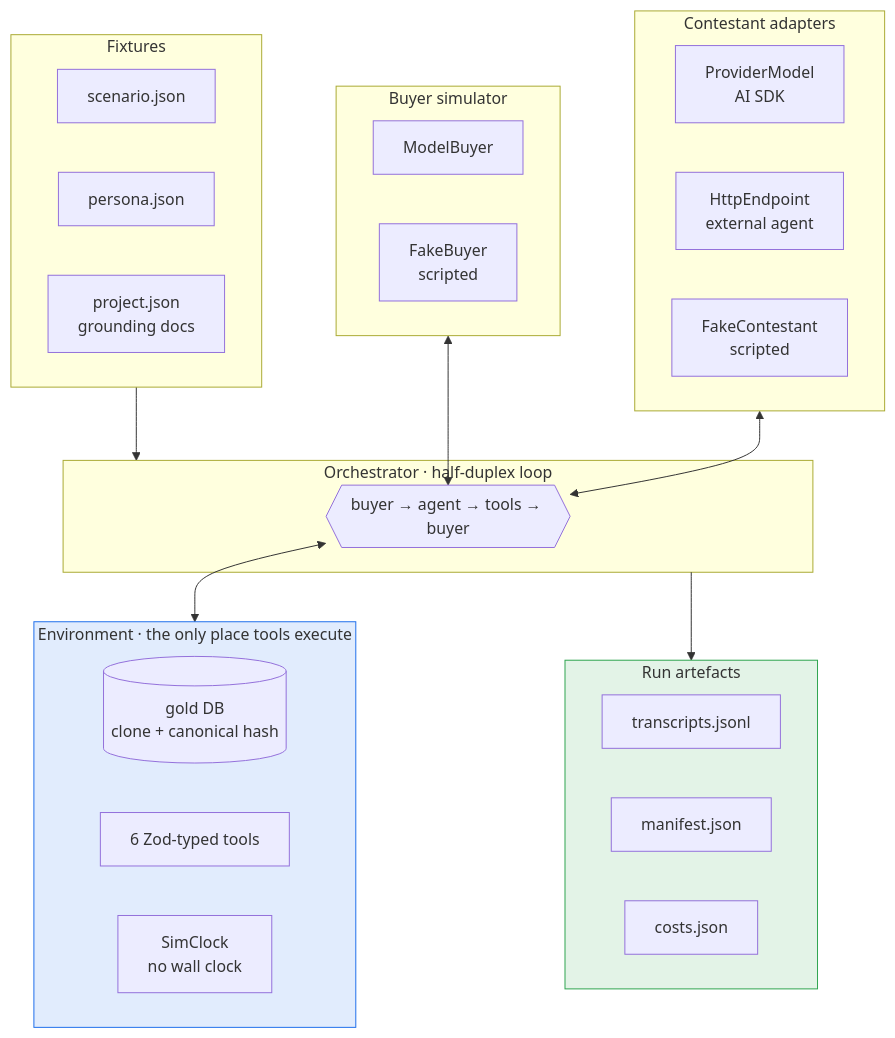
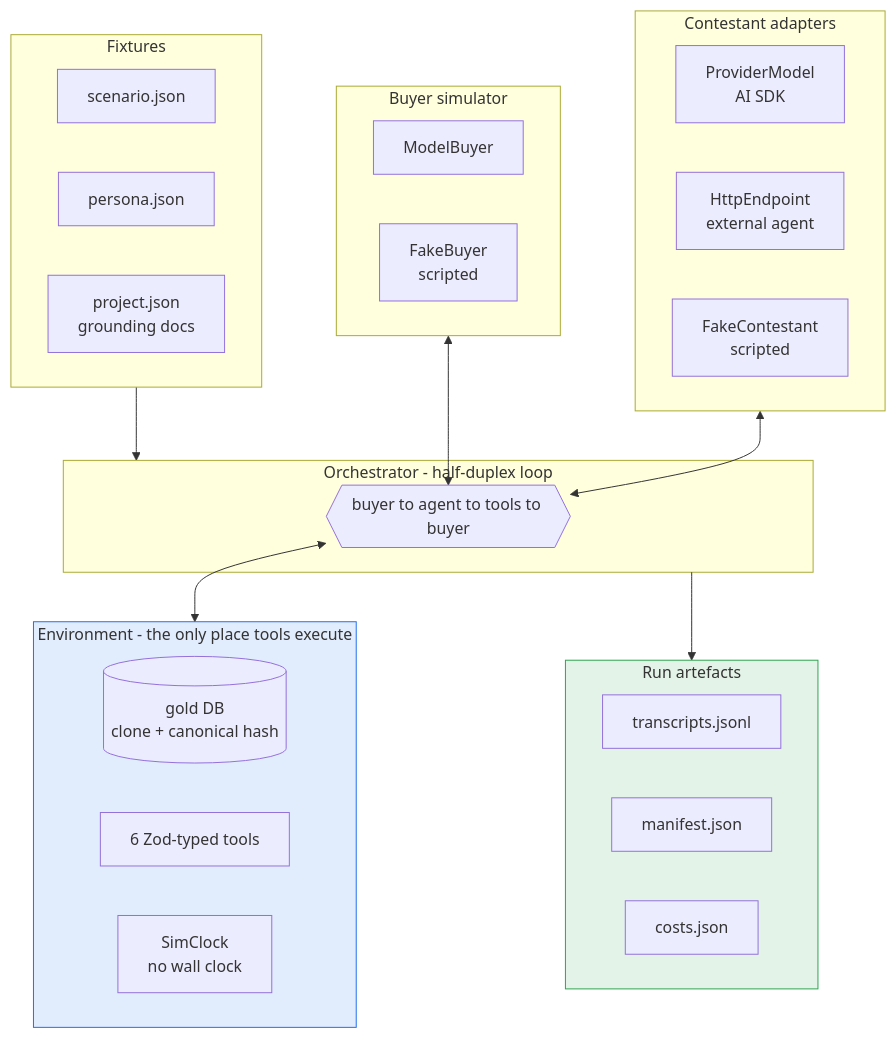
One commit to connectwithub/gharbench changed the first of 3 diagrams in README.md. Above: the diagram before and after it, drawn with Mermaid. The commit also changed other lines of this file, not shown here.

````diff
--- a/README.md
+++ b/README.md
@@ -48,44 +48,44 @@
 ```mermaid
 flowchart TB
     subgraph FIX[Fixtures]
         S[scenario.json]
         P[persona.json]
         D[project.json<br/>grounding docs]
     end
 
-    subgraph ENG[Orchestrator · half-duplex loop]
-        O{{buyer → agent → tools → buyer}}
+    subgraph ENG[Orchestrator - half-duplex loop]
+        O{{"buyer to agent to tools to buyer"}}
     end
 
     subgraph SIM[Buyer simulator]
         MB[ModelBuyer]
         FB[FakeBuyer<br/>scripted]
     end
 
     subgraph CON[Contestant adapters]
         PM[ProviderModel<br/>AI SDK]
         HE[HttpEndpoint<br/>external agent]
         FC[FakeContestant<br/>scripted]
     end
 
-    subgraph ENV[Environment · the only place tools execute]
+    subgraph ENV[Environment - the only place tools execute]
         DB[(gold DB<br/>clone + canonical hash)]
         TL[6 Zod-typed tools]
         CK[SimClock<br/>no wall clock]
     end
 
     subgraph OUT[Run artefacts]
         T[transcripts.jsonl]
         M[manifest.json]
         C[costs.json]
     end
 
     FIX --> ENG
     SIM <--> O
     CON <--> O
     O <--> ENV
     ENG --> OUT
 
     style ENV fill:#1f6feb22,stroke:#1f6feb
     style OUT fill:#2da44e22,stroke:#2da44e
 ```
````
